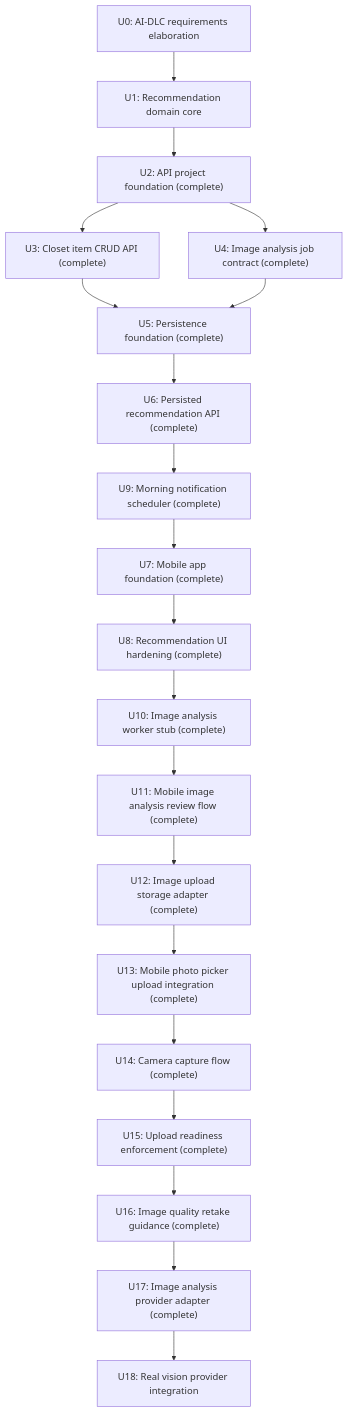
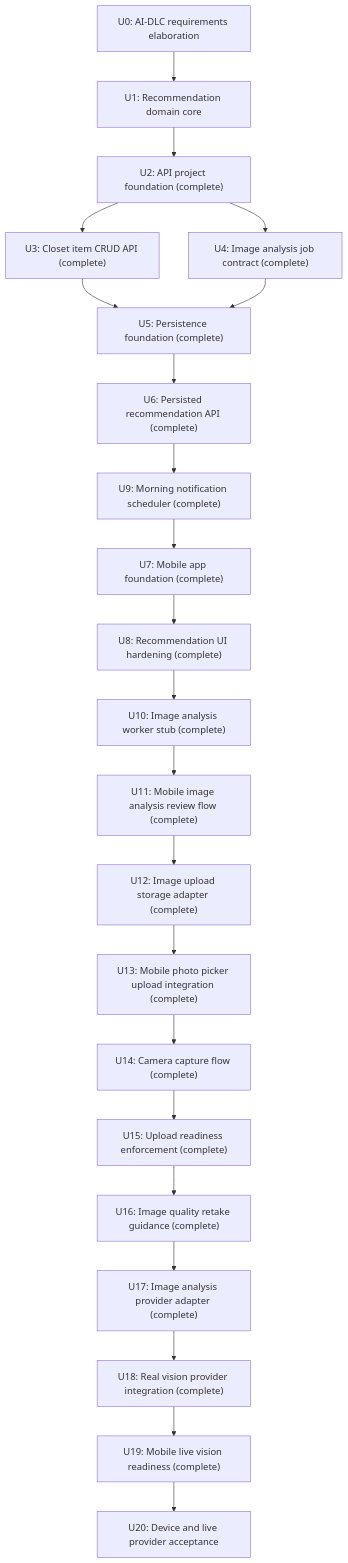
The diagram in requirements/ai_dlc/00_intent.md (idealization/Fitlog), drawn with Mermaid before and after one commit. The commit also changed other lines of this file and 16 other files, not shown here.

Commit message:
Add live vision mobile readiness

````diff
--- a/requirements/ai_dlc/00_intent.md
+++ b/requirements/ai_dlc/00_intent.md
@@ -30,22 +30,24 @@
 ```mermaid
 flowchart TD
     U0["U0: AI-DLC requirements elaboration"] --> U1["U1: Recommendation domain core"]
     U1 --> U2["U2: API project foundation (complete)"]
     U2 --> U3["U3: Closet item CRUD API (complete)"]
     U2 --> U4["U4: Image analysis job contract (complete)"]
     U3 --> U5["U5: Persistence foundation (complete)"]
     U4 --> U5
     U5 --> U6["U6: Persisted recommendation API (complete)"]
     U6 --> U9["U9: Morning notification scheduler (complete)"]
     U9 --> U7["U7: Mobile app foundation (complete)"]
     U7 --> U8["U8: Recommendation UI hardening (complete)"]
     U8 --> U10["U10: Image analysis worker stub (complete)"]
     U10 --> U11["U11: Mobile image analysis review flow (complete)"]
     U11 --> U12["U12: Image upload storage adapter (complete)"]
     U12 --> U13["U13: Mobile photo picker upload integration (complete)"]
     U13 --> U14["U14: Camera capture flow (complete)"]
     U14 --> U15["U15: Upload readiness enforcement (complete)"]
     U15 --> U16["U16: Image quality retake guidance (complete)"]
     U16 --> U17["U17: Image analysis provider adapter (complete)"]
-    U17 --> U18["U18: Real vision provider integration"]
+    U17 --> U18["U18: Real vision provider integration (complete)"]
+    U18 --> U19["U19: Mobile live vision readiness (complete)"]
+    U19 --> U20["U20: Device and live provider acceptance"]
 ```
````
